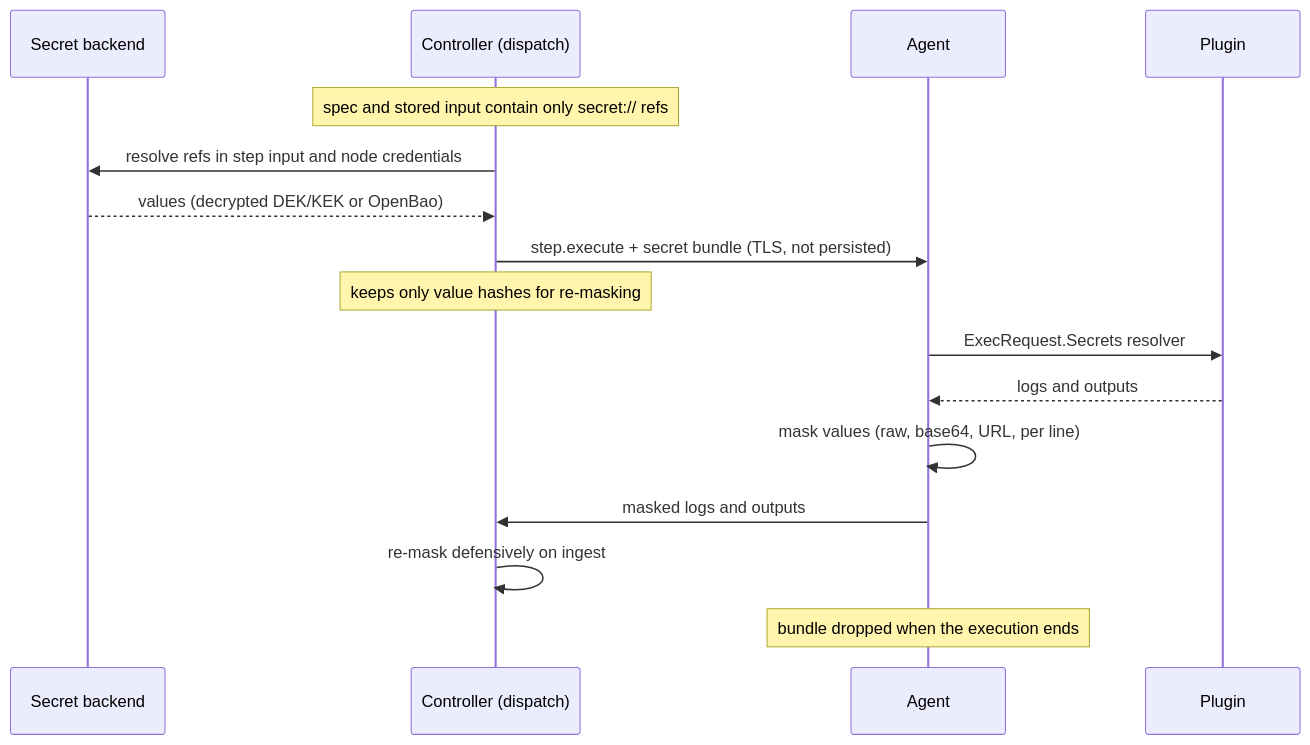
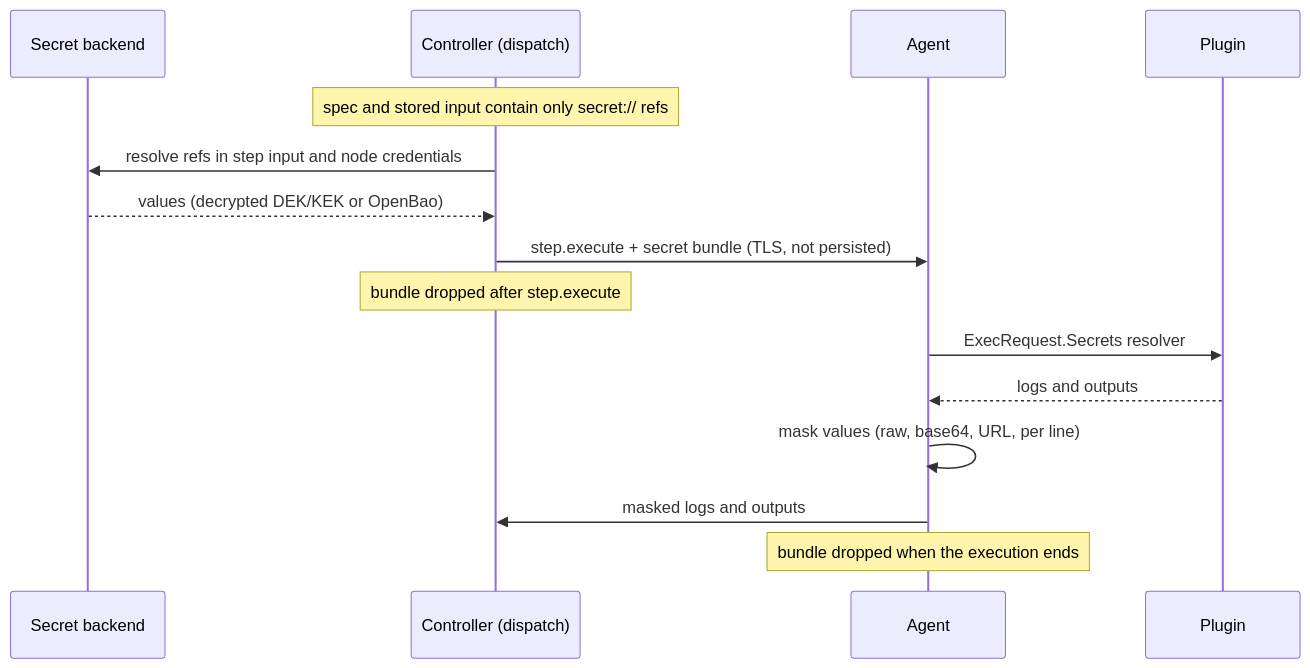
The second of 2 diagrams in docs/architecture/security.rst (denyszorinets/damson), drawn with Mermaid before and after one commit. The commit also changed other lines of this file and 7 other files, not shown here.

First line of the commit message:
Settle controller re-masking: only the agent masks (#120)

```diff
--- a/docs/architecture/security.rst
+++ b/docs/architecture/security.rst
@@ -83,18 +83,17 @@
 .. mermaid::
 
    sequenceDiagram
      participant DB as Secret backend
      participant C as Controller (dispatch)
      participant A as Agent
      participant P as Plugin
      Note over C: spec and stored input contain only secret:// refs
      C->>DB: resolve refs in step input and node credentials
      DB-->>C: values (decrypted DEK/KEK or OpenBao)
      C->>A: step.execute + secret bundle (TLS, not persisted)
-     Note over C: keeps only value hashes for re-masking
+     Note over C: bundle dropped after step.execute
      A->>P: ExecRequest.Secrets resolver
      P-->>A: logs and outputs
      A->>A: mask values (raw, base64, URL, per line)
      A->>C: masked logs and outputs
-     C->>C: re-mask defensively on ingest
      Note over A: bundle dropped when the execution ends
```
